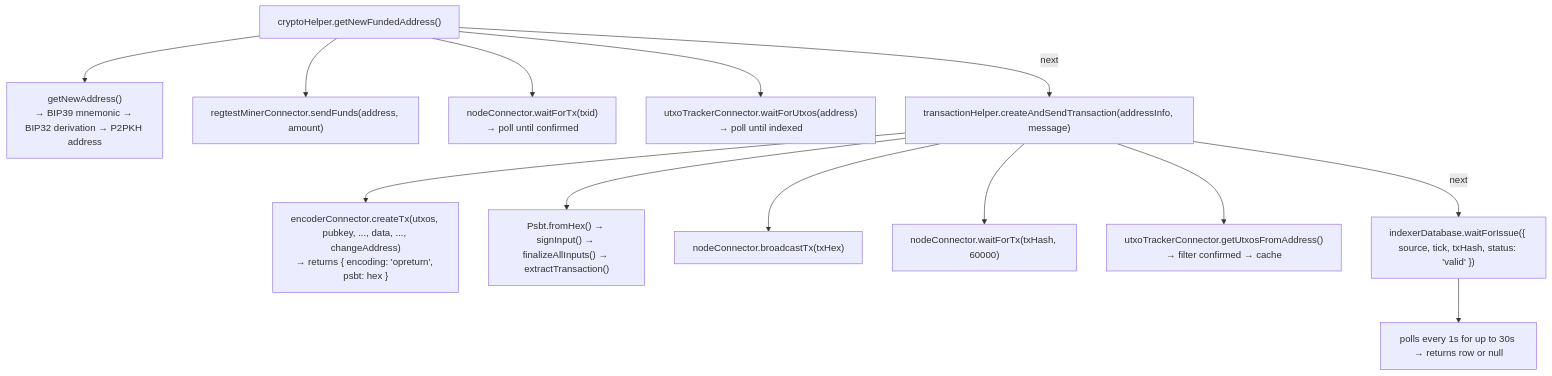
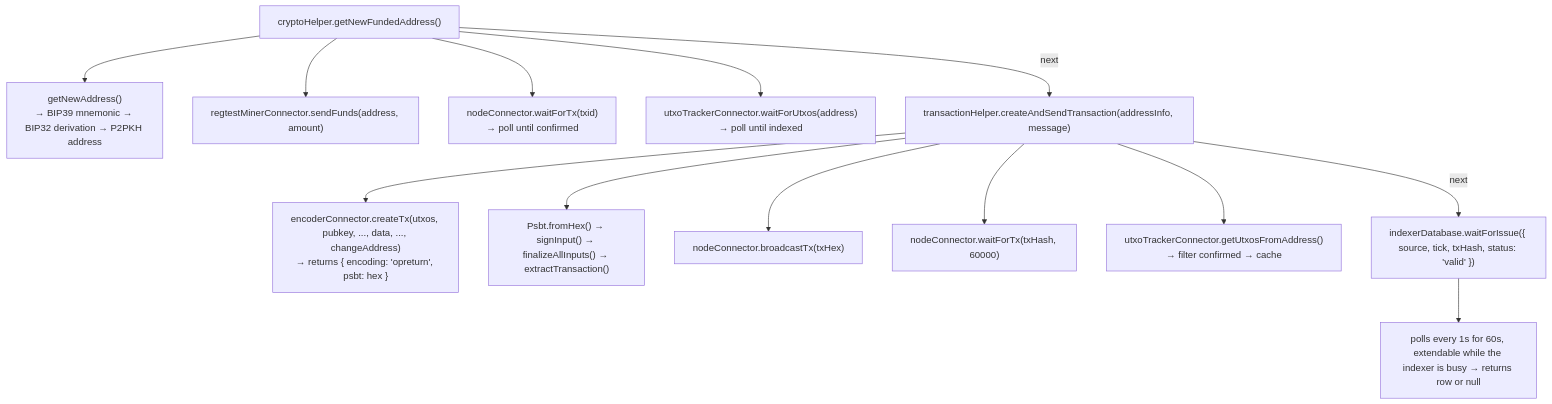
Before and after one commit to XChain-Platform/xchain-documentation: the second of 3 diagrams in components/e2e-test/architecture.md, drawn with Mermaid. The commit also changed other lines of this file and 45 other files, not shown here.

````diff
--- a/components/e2e-test/architecture.md
+++ b/components/e2e-test/architecture.md
@@ -45,33 +45,33 @@
 ```mermaid
 flowchart TD
     GNFA["cryptoHelper.getNewFundedAddress()"]
     GNA["getNewAddress()<br>→ BIP39 mnemonic → BIP32 derivation → P2PKH address"]
     SF["regtestMinerConnector.sendFunds(address, amount)"]
     WFT["nodeConnector.waitForTx(txid)<br>→ poll until confirmed"]
     WFU["utxoTrackerConnector.waitForUtxos(address)<br>→ poll until indexed"]
 
     CAST["transactionHelper.createAndSendTransaction(addressInfo, message)"]
     CTX["encoderConnector.createTx(utxos, pubkey, ..., data, ..., changeAddress)<br>→ returns { encoding: 'opreturn', psbt: hex }"]
     PSBT["Psbt.fromHex() → signInput() → finalizeAllInputs() → extractTransaction()"]
     BTX["nodeConnector.broadcastTx(txHex)"]
     WFT2["nodeConnector.waitForTx(txHash, 60000)"]
     GUFA["utxoTrackerConnector.getUtxosFromAddress()<br>→ filter confirmed → cache"]
 
     WFI["indexerDatabase.waitForIssue({ source, tick, txHash, status: 'valid' })"]
-    POLL["polls every 1s for up to 30s → returns row or null"]
+    POLL["polls every 1s for 60s, extendable while the indexer is busy → returns row or null"]
 
     GNFA --> GNA
     GNFA --> SF
     GNFA --> WFT
     GNFA --> WFU
     GNFA -->|next| CAST
 
     CAST --> CTX
     CAST --> PSBT
     CAST --> BTX
     CAST --> WFT2
     CAST --> GUFA
     CAST -->|next| WFI
 
     WFI --> POLL
 ```
````
